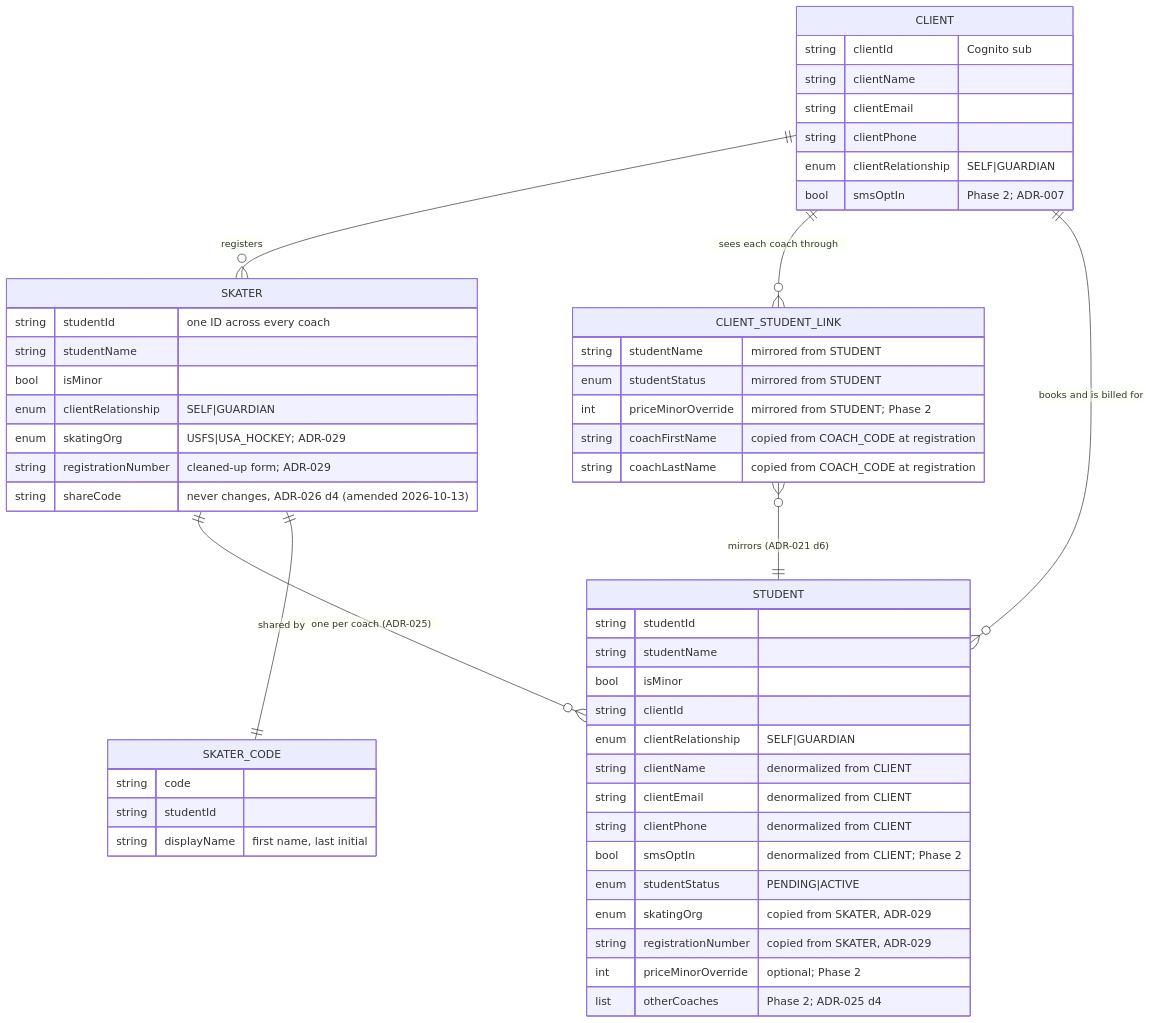
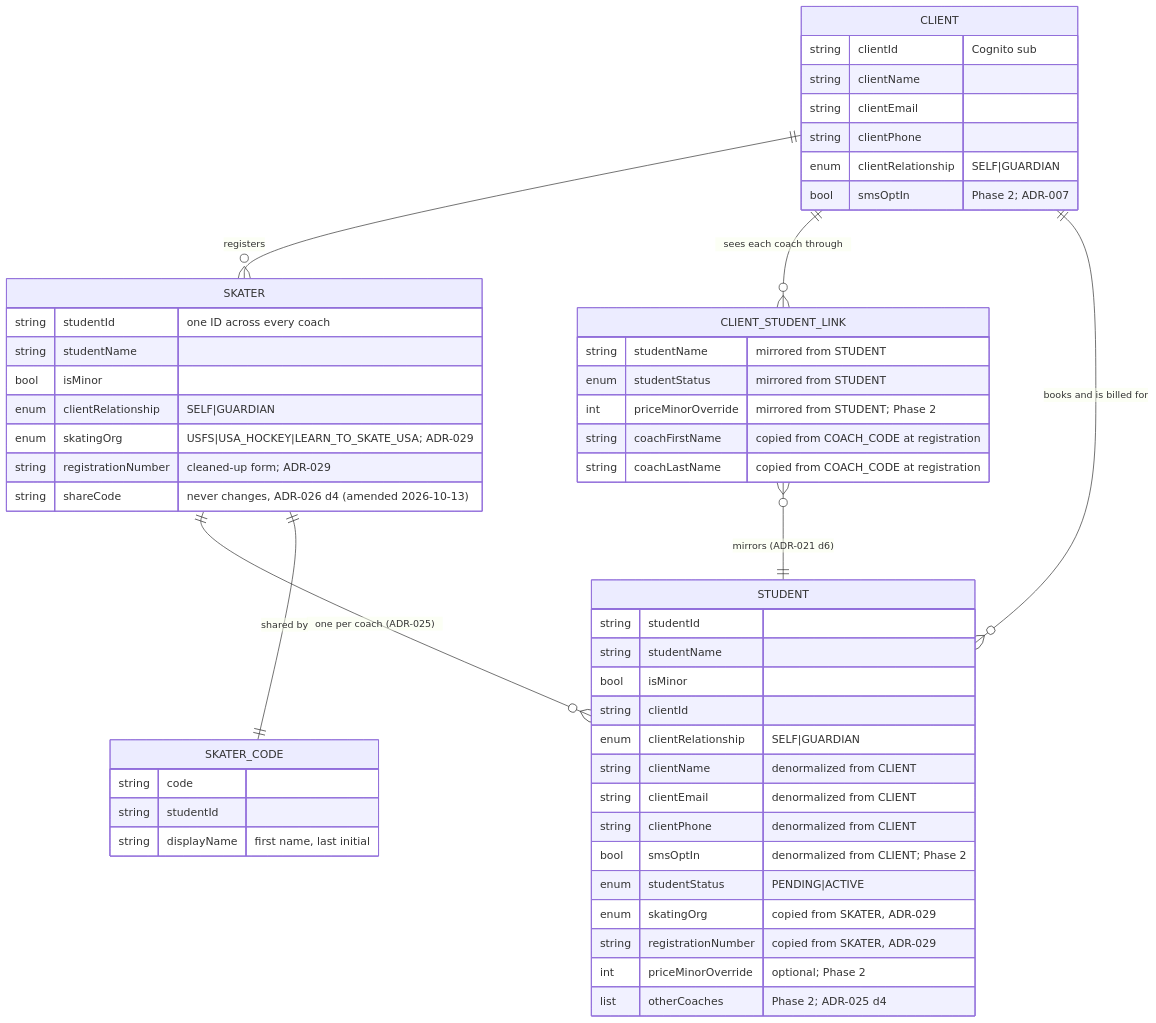
The fifth of 29 diagrams in docs/architecture.md (jessicamvega6/bladebook), drawn with Mermaid before and after one commit. The commit also changed other lines of this file and 32 other files, not shown here.

First line of the commit message:
Bring docs and diagrams in line with ADR-033 and today's decisions

````diff
--- a/docs/architecture.md
+++ b/docs/architecture.md
@@ -328,55 +328,55 @@
 ```mermaid
 erDiagram
     CLIENT ||--o{ SKATER : "registers"
     SKATER ||--o{ STUDENT : "one per coach (ADR-025)"
     SKATER ||--|| SKATER_CODE : "shared by"
     CLIENT ||--o{ CLIENT_STUDENT_LINK : "sees each coach through"
     CLIENT_STUDENT_LINK }o--|| STUDENT : "mirrors (ADR-021 d6)"
     CLIENT ||--o{ STUDENT : "books and is billed for"
 
     CLIENT {
         string clientId "Cognito sub"
         string clientName
         string clientEmail
         string clientPhone
         enum   clientRelationship "SELF|GUARDIAN"
         bool   smsOptIn "Phase 2; ADR-007"
     }
     SKATER {
         string studentId "one ID across every coach"
         string studentName
         bool   isMinor
         enum   clientRelationship "SELF|GUARDIAN"
-        enum   skatingOrg "USFS|USA_HOCKEY; ADR-029"
+        enum   skatingOrg "USFS|USA_HOCKEY|LEARN_TO_SKATE_USA; ADR-029"
         string registrationNumber "cleaned-up form; ADR-029"
         string shareCode "never changes, ADR-026 d4 (amended 2026-10-13)"
     }
     SKATER_CODE {
         string code
         string studentId
         string displayName "first name, last initial"
     }
     STUDENT {
         string studentId
         string studentName
         bool   isMinor
         string clientId
         enum   clientRelationship "SELF|GUARDIAN"
         string clientName "denormalized from CLIENT"
         string clientEmail "denormalized from CLIENT"
         string clientPhone "denormalized from CLIENT"
         bool   smsOptIn "denormalized from CLIENT; Phase 2"
         enum   studentStatus "PENDING|ACTIVE"
         enum   skatingOrg "copied from SKATER, ADR-029"
         string registrationNumber "copied from SKATER, ADR-029"
         int    priceMinorOverride "optional; Phase 2"
         list   otherCoaches "Phase 2; ADR-025 d4"
     }
     CLIENT_STUDENT_LINK {
         string studentName "mirrored from STUDENT"
         enum   studentStatus "mirrored from STUDENT"
         int    priceMinorOverride "mirrored from STUDENT; Phase 2"
         string coachFirstName "copied from COACH_CODE at registration"
         string coachLastName "copied from COACH_CODE at registration"
     }
 ```
````
